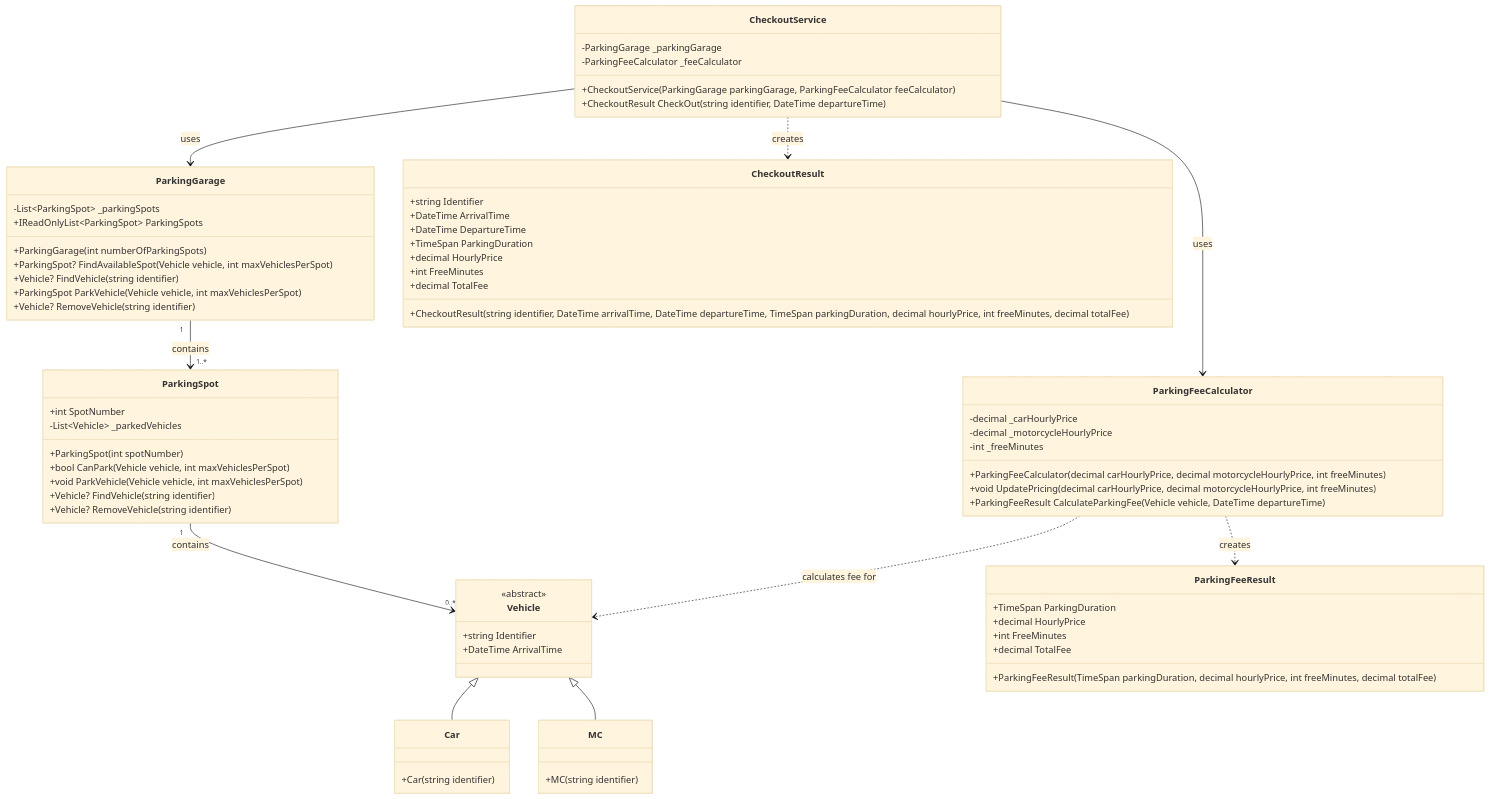
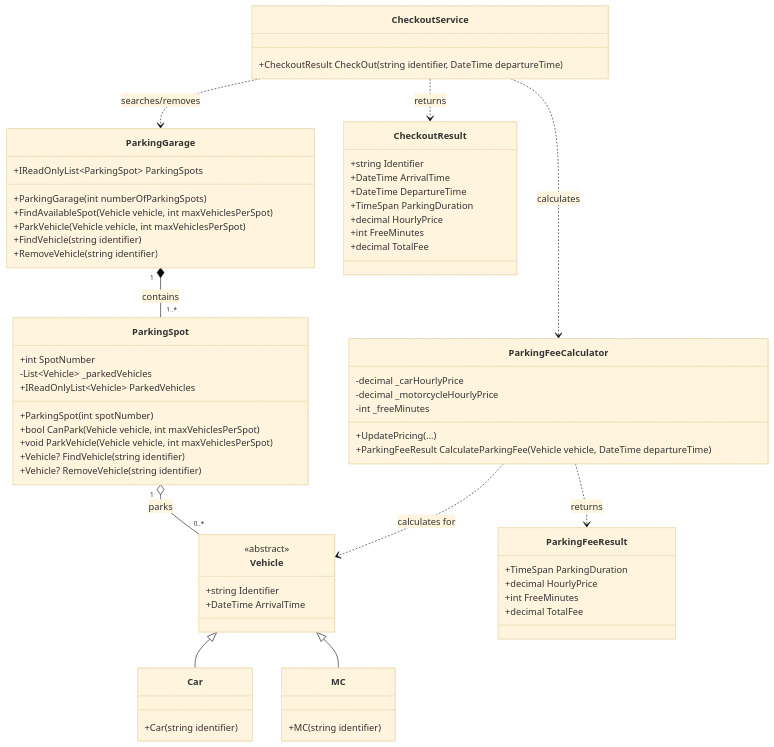
The diagram in docs/class-diagram.md (KYH-RAMI/CSharp-Assignments), drawn with Mermaid (base theme) before and after one commit. The commit also changed other lines of this file and 8 other files, not shown here.

````diff
--- a/docs/class-diagram.md
+++ b/docs/class-diagram.md
@@ -5,18 +12,6 @@
 ```mermaid
 classDiagram
-
-    Vehicle <|-- Car
-    Vehicle <|-- MC
-
-    ParkingGarage "1" --> "1..*" ParkingSpot : contains
-    ParkingSpot "1" --> "0..*" Vehicle : contains
-
-    ParkingFeeCalculator ..> Vehicle : calculates fee for
-    ParkingFeeCalculator ..> ParkingFeeResult : creates
-
-    CheckoutService --> ParkingGarage : uses
-    CheckoutService --> ParkingFeeCalculator : uses
-    CheckoutService ..> CheckoutResult : creates
+    direction TB
 
     class Vehicle {
         <<abstract>>
@@ -35,6 +30,7 @@
     class ParkingSpot {
         +int SpotNumber
         -List~Vehicle~ _parkedVehicles
+        +IReadOnlyList~Vehicle~ ParkedVehicles
         +ParkingSpot(int spotNumber)
         +bool CanPark(Vehicle vehicle, int maxVehiclesPerSpot)
         +void ParkVehicle(Vehicle vehicle, int maxVehiclesPerSpot)
@@ -43,21 +39,19 @@
     }
 
     class ParkingGarage {
-        -List~ParkingSpot~ _parkingSpots
         +IReadOnlyList~ParkingSpot~ ParkingSpots
         +ParkingGarage(int numberOfParkingSpots)
-        +ParkingSpot? FindAvailableSpot(Vehicle vehicle, int maxVehiclesPerSpot)
-        +Vehicle? FindVehicle(string identifier)
-        +ParkingSpot ParkVehicle(Vehicle vehicle, int maxVehiclesPerSpot)
-        +Vehicle? RemoveVehicle(string identifier)
+        +FindAvailableSpot(Vehicle vehicle, int maxVehiclesPerSpot)
+        +ParkVehicle(Vehicle vehicle, int maxVehiclesPerSpot)
+        +FindVehicle(string identifier)
+        +RemoveVehicle(string identifier)
     }
 
     class ParkingFeeCalculator {
         -decimal _carHourlyPrice
         -decimal _motorcycleHourlyPrice
         -int _freeMinutes
-        +ParkingFeeCalculator(decimal carHourlyPrice, decimal motorcycleHourlyPrice, int freeMinutes)
-        +void UpdatePricing(decimal carHourlyPrice, decimal motorcycleHourlyPrice, int freeMinutes)
+        +UpdatePricing(...)
         +ParkingFeeResult CalculateParkingFee(Vehicle vehicle, DateTime departureTime)
     }
 
@@ -66,13 +60,9 @@
         +decimal HourlyPrice
         +int FreeMinutes
         +decimal TotalFee
-        +ParkingFeeResult(TimeSpan parkingDuration, decimal hourlyPrice, int freeMinutes, decimal totalFee)
     }
 
     class CheckoutService {
-        -ParkingGarage _parkingGarage
-        -ParkingFeeCalculator _feeCalculator
-        +CheckoutService(ParkingGarage parkingGarage, ParkingFeeCalculator feeCalculator)
         +CheckoutResult CheckOut(string identifier, DateTime departureTime)
     }
 
@@ -84,6 +74,18 @@
         +decimal HourlyPrice
         +int FreeMinutes
         +decimal TotalFee
-        +CheckoutResult(string identifier, DateTime arrivalTime, DateTime departureTime, TimeSpan parkingDuration, decimal hourlyPrice, int freeMinutes, decimal totalFee)
     }
+
+    Vehicle <|-- Car
+    Vehicle <|-- MC
+
+    ParkingGarage "1" *-- "1..*" ParkingSpot : contains
+    ParkingSpot "1" o-- "0..*" Vehicle : parks
+
+    ParkingFeeCalculator ..> Vehicle : calculates for
+    ParkingFeeCalculator ..> ParkingFeeResult : returns
+
+    CheckoutService ..> ParkingGarage : searches/removes
+    CheckoutService ..> ParkingFeeCalculator : calculates
+    CheckoutService ..> CheckoutResult : returns
 ```
````
